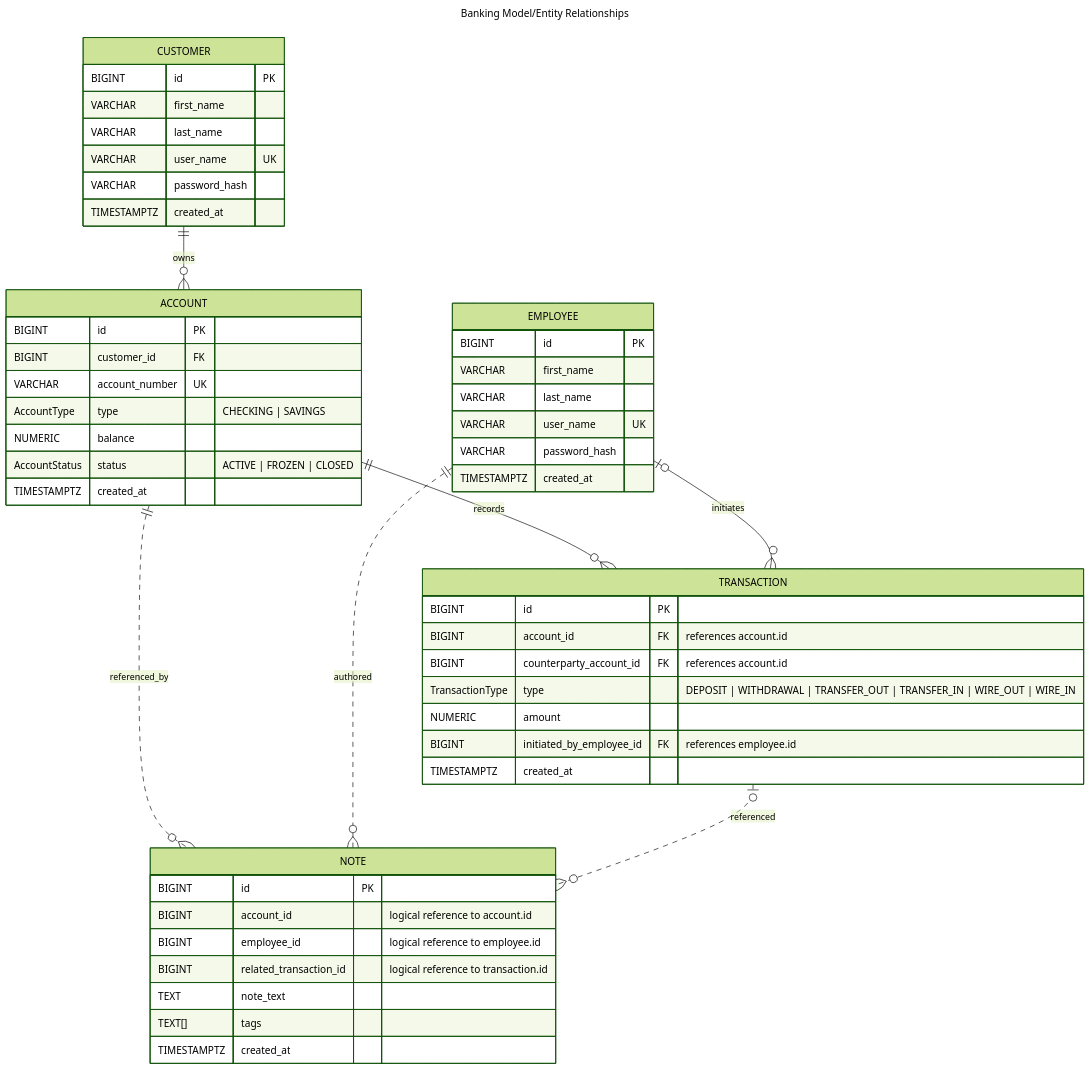
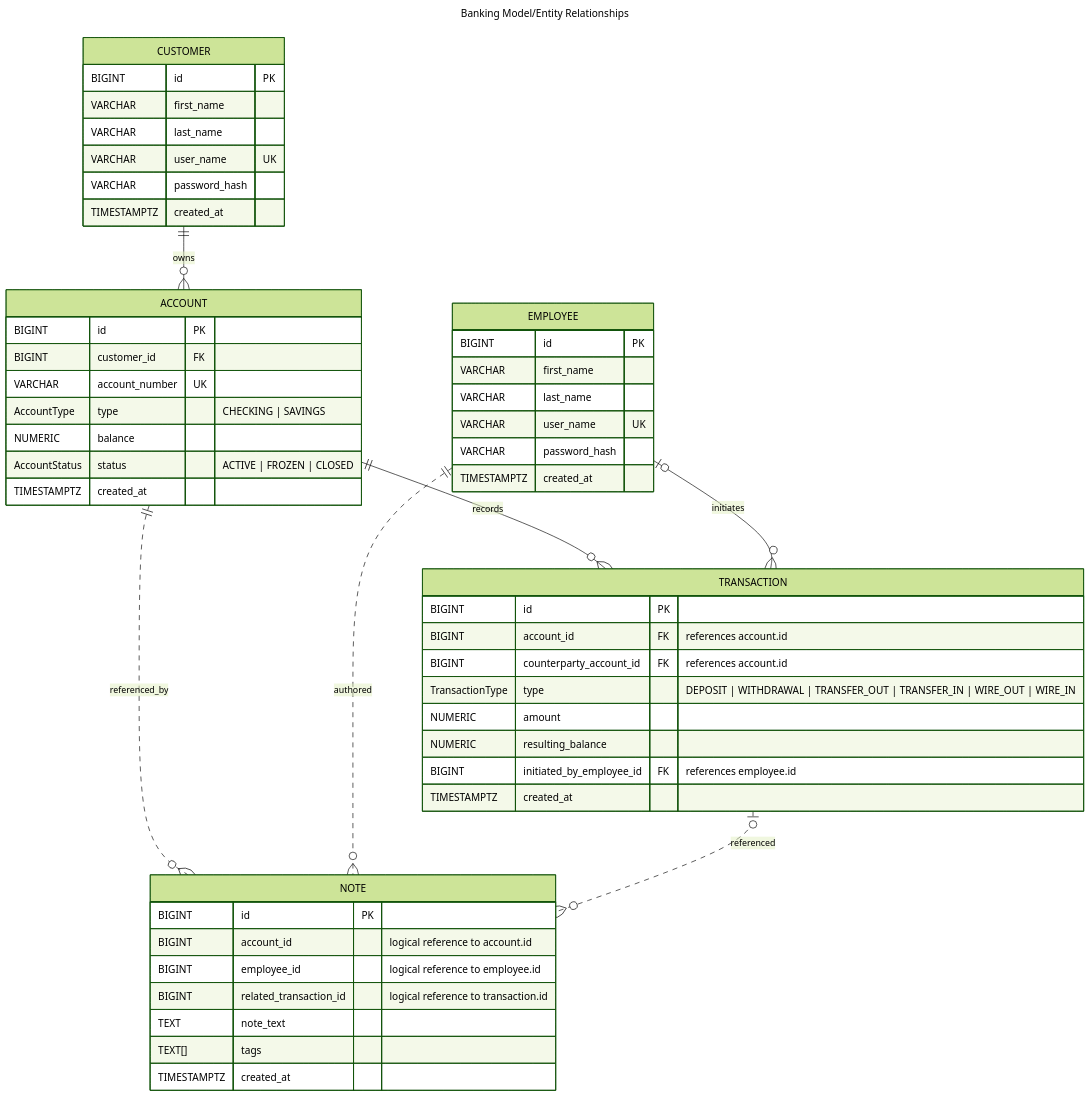
The diagram in ERD.md (schectma/P1BankingApp), drawn with Mermaid (forest theme) before and after one commit.

Commit message:
resulting_balance added to transaction

````diff
--- a/ERD.md
+++ b/ERD.md
@@ -1,56 +1,57 @@
 ```mermaid
 ---
 title: Banking Model/Entity Relationships
 ---
 erDiagram
     CUSTOMER ||--o{ ACCOUNT : owns
     ACCOUNT ||--o{ TRANSACTION : records
     EMPLOYEE o|--o{ TRANSACTION : initiates
     ACCOUNT ||..o{ NOTE : referenced_by
     EMPLOYEE ||..o{ NOTE : authored
     TRANSACTION o|..o{ NOTE : referenced
 
     CUSTOMER{
         BIGINT id PK
         VARCHAR first_name
         VARCHAR last_name
         VARCHAR user_name UK
         VARCHAR password_hash 
         TIMESTAMPTZ created_at
     }
     ACCOUNT{
         BIGINT id PK
         BIGINT customer_id FK
         VARCHAR account_number UK
         AccountType type "CHECKING | SAVINGS"
         NUMERIC balance
         AccountStatus status "ACTIVE | FROZEN | CLOSED"
         TIMESTAMPTZ created_at
     }
     EMPLOYEE{
         BIGINT id PK
         VARCHAR first_name
         VARCHAR last_name
         VARCHAR user_name UK
         VARCHAR password_hash
         TIMESTAMPTZ created_at
     }
     TRANSACTION{
         BIGINT id PK
         BIGINT account_id FK "references account.id"
         BIGINT counterparty_account_id FK "references account.id"
         TransactionType type "DEPOSIT | WITHDRAWAL | TRANSFER_OUT | TRANSFER_IN | WIRE_OUT | WIRE_IN"
         NUMERIC amount
+        NUMERIC resulting_balance
         BIGINT initiated_by_employee_id FK "references employee.id"
         TIMESTAMPTZ created_at
     }
     NOTE{
         BIGINT id PK
         BIGINT account_id "logical reference to account.id"
         BIGINT employee_id "logical reference to employee.id"
         BIGINT related_transaction_id "logical reference to transaction.id"
         TEXT note_text
         TEXT[] tags
         TIMESTAMPTZ created_at
     }
 ```
````
